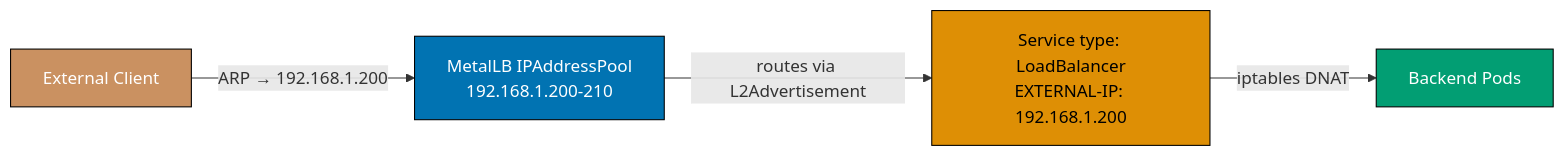
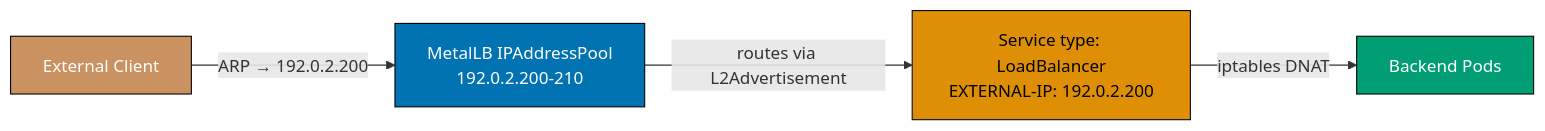
The fifth of 9 diagrams in apps/ayokoding-www/content/en/learn/legacy/software-engineering/infrastructure/tools/k3s/by-example/intermediate.md (wahidyankf/ose-public), drawn with Mermaid before and after one commit. The commit also changed other lines of this file and 102 other files, not shown here.

````diff
--- a/apps/ayokoding-www/content/en/learn/legacy/software-engineering/infrastructure/tools/k3s/by-example/intermediate.md
+++ b/apps/ayokoding-www/content/en/learn/legacy/software-engineering/infrastructure/tools/k3s/by-example/intermediate.md
@@ -937,17 +937,17 @@
 ```mermaid
 %% Color Palette: Blue #0173B2, Orange #DE8F05, Teal #029E73, Purple #CC78BC, Brown #CA9161
 graph LR
     CLI["External Client"]
-    POOL["MetalLB IPAddressPool<br/>192.168.1.200-210"]
-    SVC["Service type: LoadBalancer<br/>EXTERNAL-IP: 192.168.1.200"]
+    POOL["MetalLB IPAddressPool<br/>192.0.2.200-210"]
+    SVC["Service type: LoadBalancer<br/>EXTERNAL-IP: 192.0.2.200"]
     POD["Backend Pods"]
 
-    CLI -->|"ARP → 192.168.1.200"| POOL
+    CLI -->|"ARP → 192.0.2.200"| POOL
     POOL -->|"routes via L2Advertisement"| SVC
     SVC -->|"iptables DNAT"| POD
 
     style CLI fill:#CA9161,stroke:#000,color:#fff
     style POOL fill:#0173B2,stroke:#000,color:#fff
     style SVC fill:#DE8F05,stroke:#000,color:#000
     style POD fill:#029E73,stroke:#000,color:#fff
 ```
````
